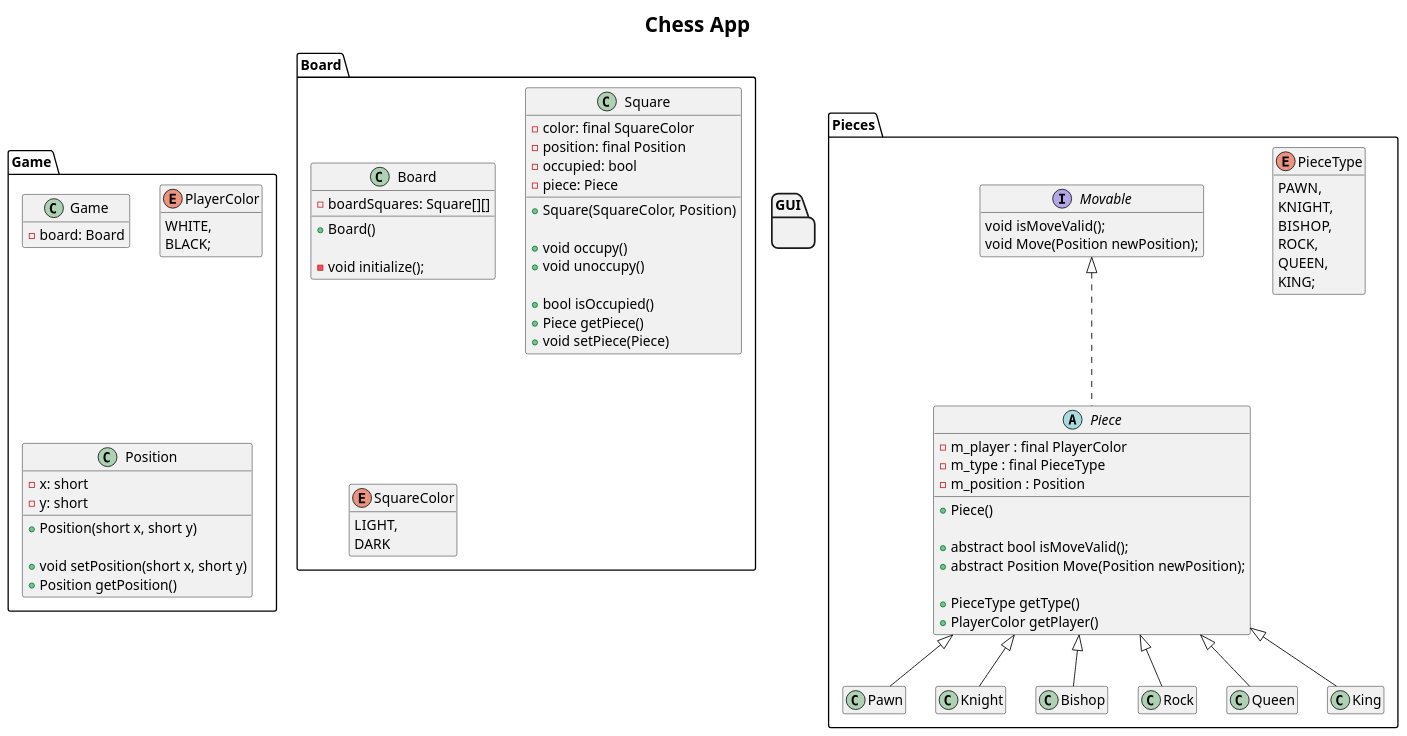
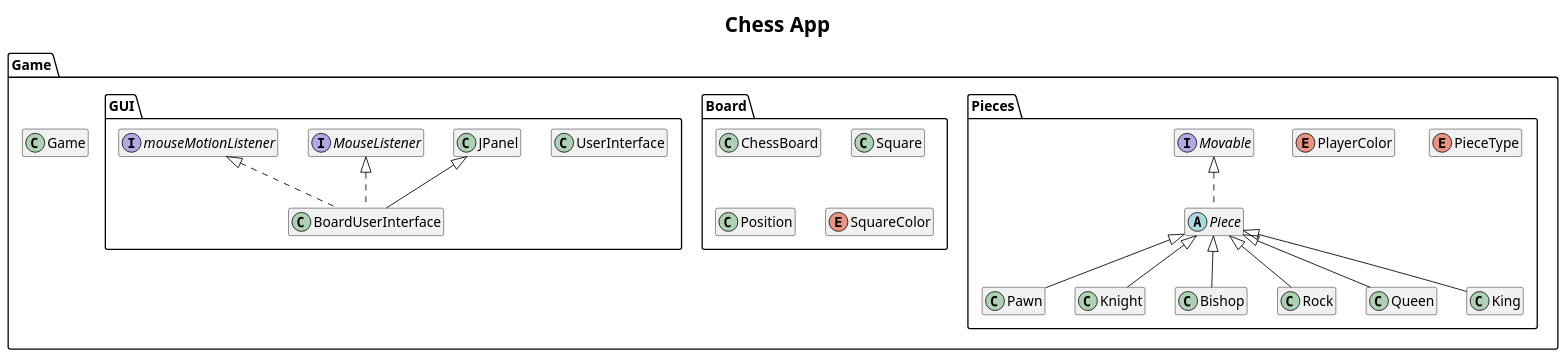
The diagram in sequence.plantuml (kboba/Chess-App), drawn with PlantUML before and after one commit.

Commit message:
Generalizes UML

```diff
--- a/sequence.plantuml
+++ b/sequence.plantuml
@@ -1,141 +1,101 @@
 @startuml Chess App
 
 
 skinparam DefaultFontName Arial
 skinparam DefaultFontSize 16
 skinparam DefaultFontStyle bold
 skinparam ClassBorderColor black
 skinparam SequenceMessageAlignment center
 skinparam ArrowThickness 1
 skinparam ArrowColor #black
 hide empty members
 
 skinparam titleBorderRoundCorner 15
 skinparam titleBorderThickness 2
 skinparam TitleFontSize 24
 
 title Chess App
 
 
 
 package Game {
     class Game {
-        -board: Board
+
     }
+    
 
-    enum PlayerColor {
-        WHITE,
-        BLACK;
+    package Pieces {
+        enum PieceType {
+
+        }
+
+        enum PlayerColor {
+
+        }
+
+        abstract class Piece implements Movable {
+            
+        }
+
+        interface Movable {
+
+        }
+
+        class Pawn extends Piece {
+
+        }
+
+        class Knight extends Piece {
+
+        }
+
+        class Bishop extends Piece {
+            
+        }
+
+        class Rock extends Piece {
+
+        }
+
+        class Queen extends Piece {
+
+        }
+
+        class King extends Piece {
+            
+        }
     }
 
 
-    class Position {
-        -x: short
-        -y: short
+    package Board {
+        class ChessBoard {
 
-        +Position(short x, short y)
+        }
+
+        class Square {
+
+        }
+
+        class Position {
+
+        }
+
+        enum SquareColor {
+
+        }
+    }
+
+
+    package GUI {
+        class UserInterface {
+            
+        }
         
-        +void setPosition(short x, short y)
-        +Position getPosition()
+        class BoardUserInterface extends JPanel implements MouseListener, mouseMotionListener {
+
+        }
     }
 }
 
 
-
-package Board {
-    class Board {
-        -boardSquares: Square[][]
-
-        +Board()
-
-        -void initialize();
-    }
-
-    class Square {
-        -color: final SquareColor
-        -position: final Position
-        -occupied: bool
-        -piece: Piece
-
-        +Square(SquareColor, Position)
-
-        +void occupy()
-        +void unoccupy()
-
-        +bool isOccupied()
-        +Piece getPiece()
-        +void setPiece(Piece)
-    }
-
-
-    enum SquareColor{
-        LIGHT,
-        DARK
-    }
-}
-
-
-
-package GUI {
-    
-}
-
-
-
-package Pieces {
-    enum PieceType {
-        PAWN,
-        KNIGHT,
-        BISHOP,
-        ROCK,
-        QUEEN,
-        KING;
-    }
-
-    abstract class Piece implements Movable {
-        -m_player : final PlayerColor
-        -m_type : final PieceType
-        -m_position : Position
-        
-        +Piece()
-        
-        +abstract bool isMoveValid();
-        +abstract Position Move(Position newPosition);
-
-        +PieceType getType()
-        +PlayerColor getPlayer()
-    }
-
-    interface Movable {
-        void isMoveValid();
-        void Move(Position newPosition);
-    }
-
-    class Pawn extends Piece {
-
-    }
-
-    class Knight extends Piece {
-
-    }
-
-    class Bishop extends Piece {
-        
-    }
-
-    class Rock extends Piece {
-
-    }
-
-    class Queen extends Piece {
-
-    }
-
-    class King extends Piece {
-        
-    }
-}
-
-
-
 @enduml
```
